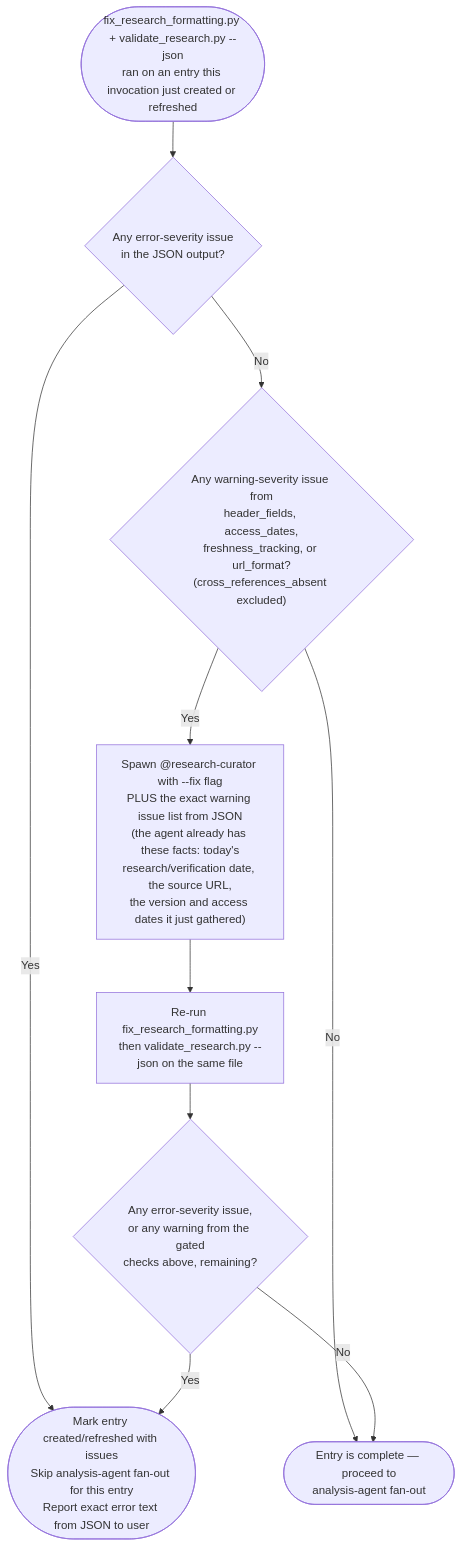
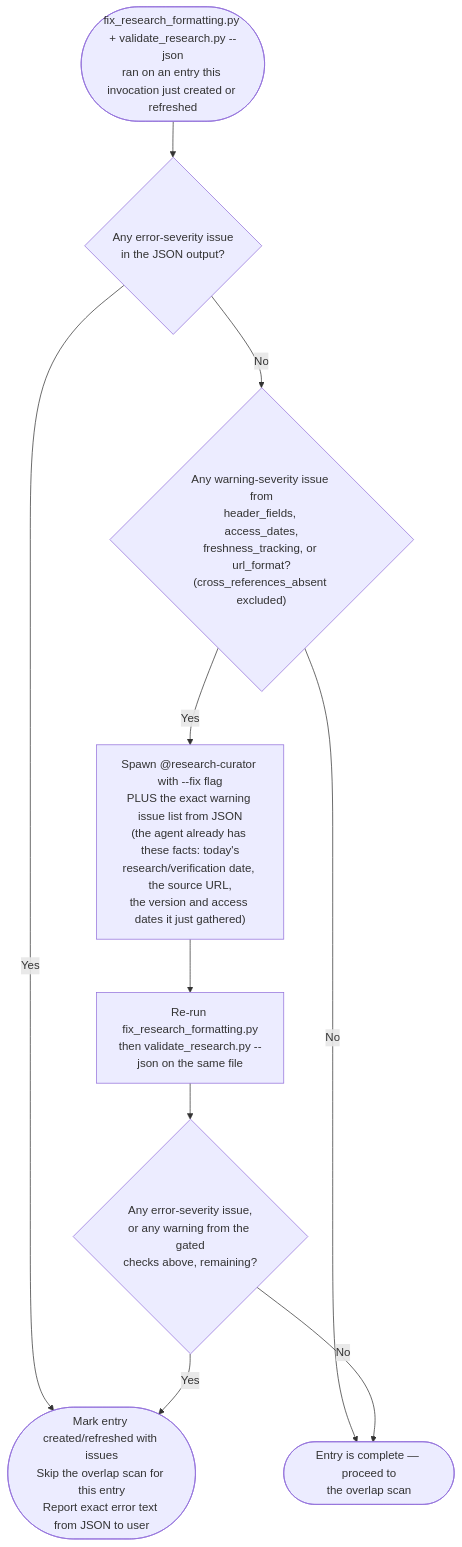
The diagram in .claude/skills/research-curator/references/validation-rules.md (Jamie-BitFlight/claude_skills), drawn with Mermaid before and after one commit. The commit also changed other lines of this file and 16 other files, not shown here.

````diff
--- a/.claude/skills/research-curator/references/validation-rules.md
+++ b/.claude/skills/research-curator/references/validation-rules.md
@@ -34,12 +36,12 @@
 ```mermaid
 flowchart TD
     Start(["fix_research_formatting.py + validate_research.py --json<br>ran on an entry this invocation just created or refreshed"]) --> HasErr{"Any error-severity issue<br>in the JSON output?"}
-    HasErr -->|"Yes"| MarkIssues(["Mark entry created/refreshed with issues<br>Skip analysis-agent fan-out for this entry<br>Report exact error text from JSON to user"])
+    HasErr -->|"Yes"| MarkIssues(["Mark entry created/refreshed with issues<br>Skip the overlap scan for this entry<br>Report exact error text from JSON to user"])
     HasErr -->|"No"| HasGatedWarn{"Any warning-severity issue from<br>header_fields, access_dates,<br>freshness_tracking, or url_format?<br>(cross_references_absent excluded)"}
-    HasGatedWarn -->|"No"| Proceed(["Entry is complete — proceed to<br>analysis-agent fan-out"])
+    HasGatedWarn -->|"No"| Proceed(["Entry is complete — proceed to<br>the overlap scan"])
     HasGatedWarn -->|"Yes"| SpawnFix["Spawn @research-curator with --fix flag<br>PLUS the exact warning issue list from JSON<br>(the agent already has these facts: today's<br>research/verification date, the source URL,<br>the version and access dates it just gathered)"]
     SpawnFix --> Rerun["Re-run fix_research_formatting.py<br>then validate_research.py --json on the same file"]
     Rerun --> HasErr2{"Any error-severity issue,<br>or any warning from the gated<br>checks above, remaining?"}
     HasErr2 -->|"Yes"| MarkIssues
     HasErr2 -->|"No"| Proceed
 ```
````
